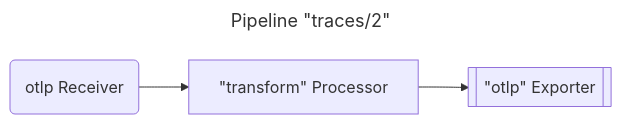
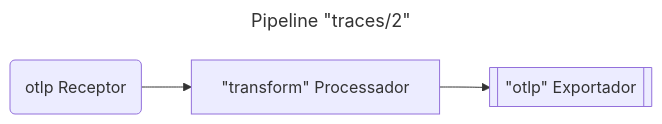
One commit to open-telemetry/opentelemetry.io changed the fifth of 7 diagrams in content/pt/docs/collector/architecture.md. Above: the diagram before and after it, drawn with Mermaid. The commit also changed other lines of this file, not shown here.

Commit message:
docs(pt): localize Collector architecture

````diff
--- a/content/pt/docs/collector/architecture.md
+++ b/content/pt/docs/collector/architecture.md
@@ -257,8 +257,8 @@
 ```mermaid
 ---
 title: Pipeline "traces/2"
 ---
 flowchart LR
-  R1("`otlp Receiver`") --> P1["`#quot;transform#quot; Processor`"]
-  P1 --> E1[["`#quot;otlp#quot; Exporter`"]]
+  R1("`otlp Receptor`") --> P1["`#quot;transform#quot; Processador`"]
+  P1 --> E1[["`#quot;otlp#quot; Exportador`"]]
 ```
````
